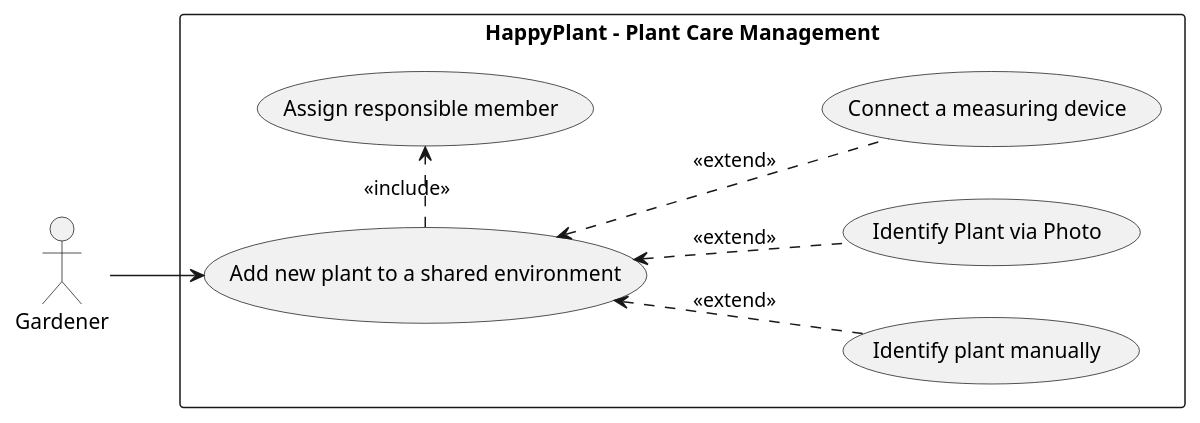
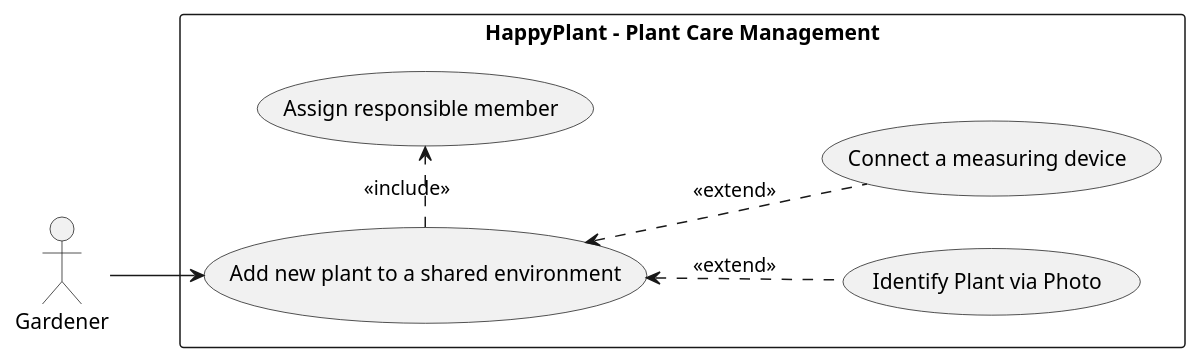
The diagram in docs/uml/use-case-007-uml.plantuml (jakub-mata/uvod-do-soft-eng), drawn with PlantUML before and after one commit. The commit also changed 7 other files, not shown here.

Commit message:
Simplify use case diagrams

```diff
--- a/docs/uml/use-case-007-uml.plantuml
+++ b/docs/uml/use-case-007-uml.plantuml
@@ -1,26 +1,24 @@
 @startuml
 left to right direction
 actor "Gardener" as AC_G
 
 rectangle "HappyPlant - Plant Care Management" {
     usecase "Add new plant to a shared environment" as UC_ANP
     usecase "Assign responsible member" as UC_ARM
-    usecase "Identify plant manually" as UC_IPM
     usecase "Identify Plant via Photo" as UC_IPP
     usecase "Connect a measuring device" as UC_CMD
 }
 
 ' Assigning responsible member
 UC_ANP .r.> UC_ARM : <<include>>
 
 ' Alternative flows for finding the plants type
-UC_IPM .u.> UC_ANP : <<extend>>
 UC_IPP .u.> UC_ANP : <<extend>>
 
 ' Connecting a mesuring device
 UC_CMD .u.> UC_ANP : <<extend>>
 
 ' The actor initiates the adding operation
 AC_G --> UC_ANP
 
 @enduml
```
